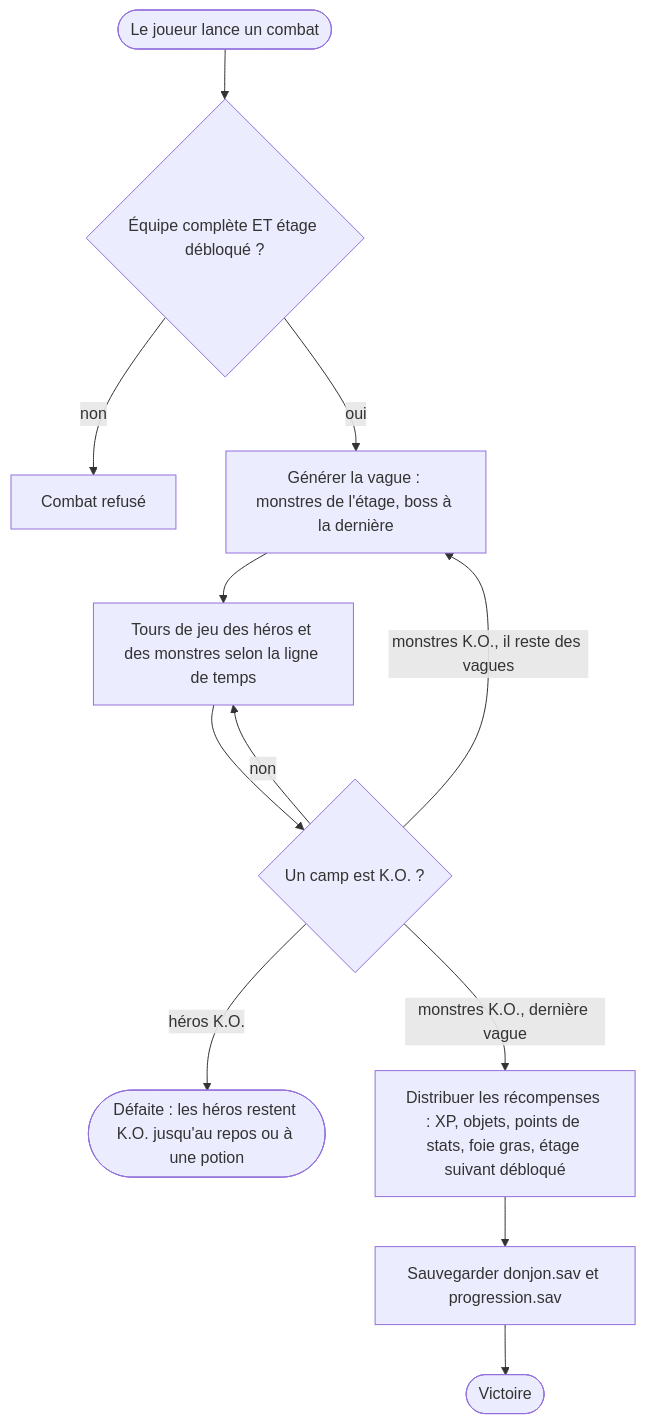
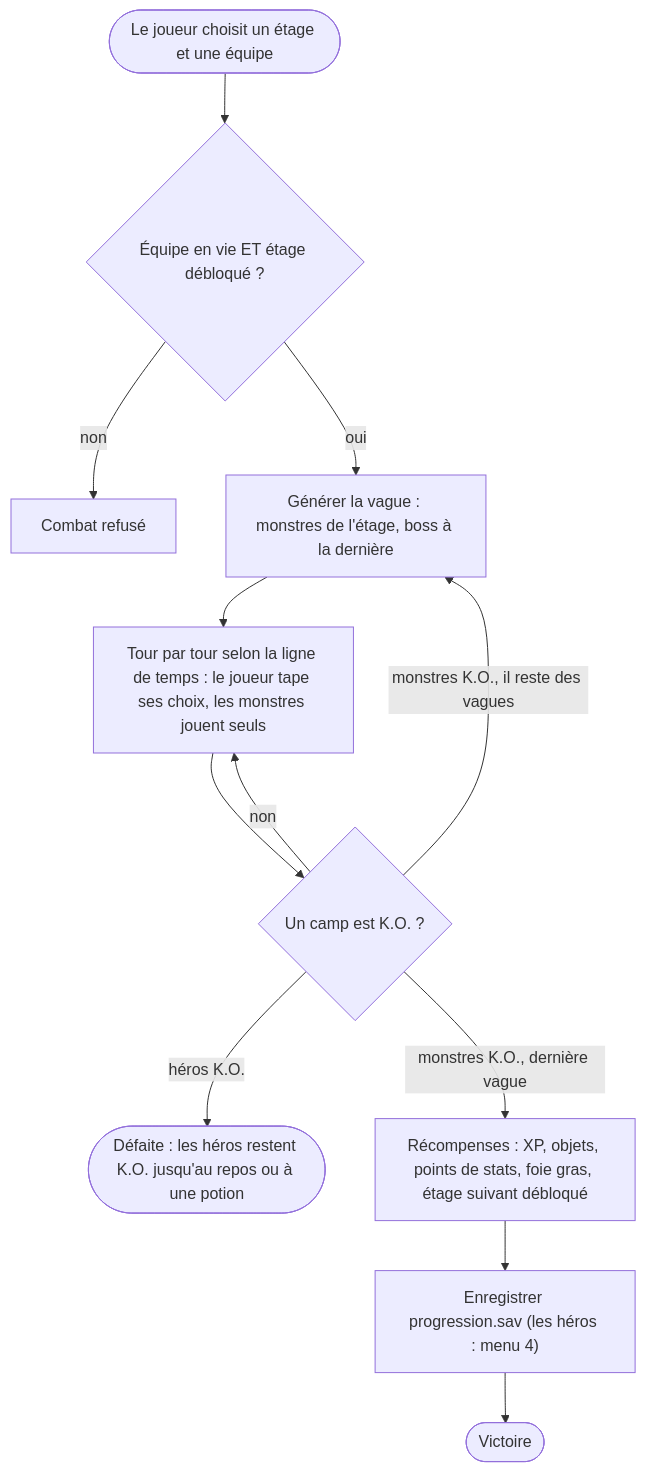
One commit to evomerse/duckgeon changed the fourth of 14 diagrams in README.md. Above: the diagram before and after it, drawn with Mermaid. The commit also changed other lines of this file and 2 other files, not shown here.

First line of the commit message:
Duel classique tour par tour contre un bot, README découpé en deux parties

````diff
--- a/README.md
+++ b/README.md
@@ -807,14 +525,14 @@
 ```mermaid
 flowchart TD
-    E1(["Le joueur lance un combat"]) --> S{"Équipe complète ET étage débloqué ?"}
+    E1(["Le joueur choisit un étage et une équipe"]) --> S{"Équipe en vie ET étage débloqué ?"}
     S -- non --> R0["Combat refusé"]
     S -- oui --> O1["Générer la vague : monstres de l'étage, boss à la dernière"]
-    O1 --> O2["Tours de jeu des héros et des monstres selon la ligne de temps"]
+    O1 --> O2["Tour par tour selon la ligne de temps : le joueur tape ses choix, les monstres jouent seuls"]
     O2 --> T{"Un camp est K.O. ?"}
     T -- non --> O2
     T -- "monstres K.O., il reste des vagues" --> O1
     T -- "héros K.O." --> R1(["Défaite : les héros restent K.O. jusqu'au repos ou à une potion"])
-    T -- "monstres K.O., dernière vague" --> O3["Distribuer les récompenses : XP, objets, points de stats, foie gras, étage suivant débloqué"]
-    O3 --> O4["Sauvegarder donjon.sav et progression.sav"]
+    T -- "monstres K.O., dernière vague" --> O3["Récompenses : XP, objets, points de stats, foie gras, étage suivant débloqué"]
+    O3 --> O4["Enregistrer progression.sav (les héros : menu 4)"]
     O4 --> R2(["Victoire"])
 ```
````
